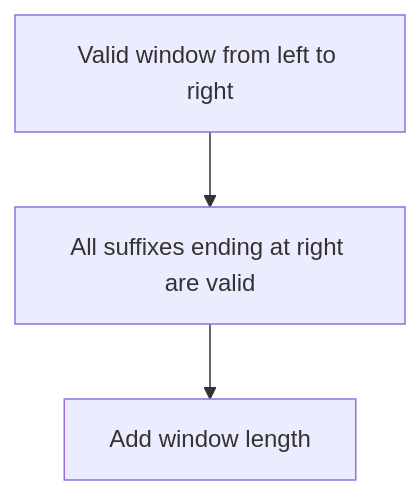
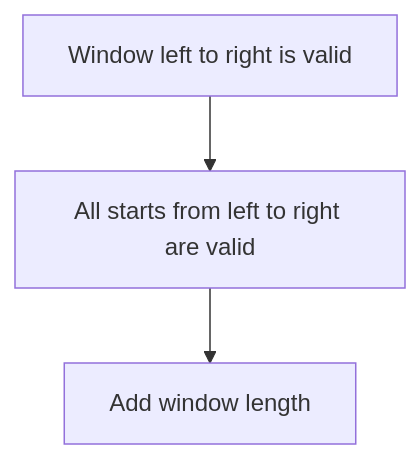
One commit to mthaiseer/springcloud-systemdesign-notes changed diagram 14 of 36 in CP_DSA_NOTES/CONCEPT_FRAMEWORK_FORMS_TATICS/two_pointers_sliding_window_playbook.md. Above: the diagram before and after it, drawn with Mermaid. The commit also changed other lines of this file, not shown here.

````diff
--- a/CP_DSA_NOTES/CONCEPT_FRAMEWORK_FORMS_TATICS/two_pointers_sliding_window_playbook.md
+++ b/CP_DSA_NOTES/CONCEPT_FRAMEWORK_FORMS_TATICS/two_pointers_sliding_window_playbook.md
@@ -264,5 +401,5 @@
 ```mermaid
 flowchart TD
-    A["Valid window from left to right"] --> B["All suffixes ending at right are valid"]
+    A["Window left to right is valid"] --> B["All starts from left to right are valid"]
     B --> C["Add window length"]
 ```
````
